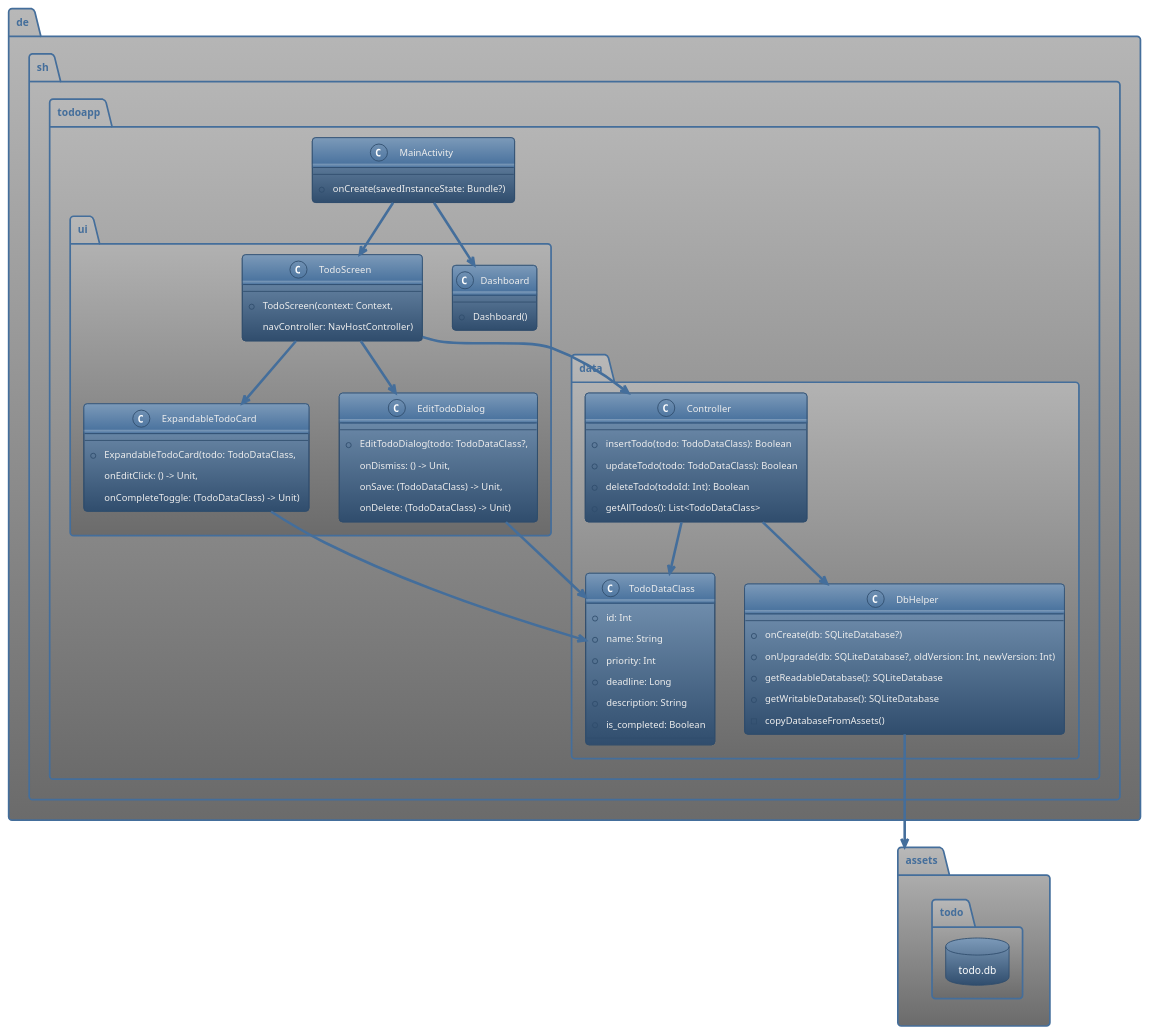
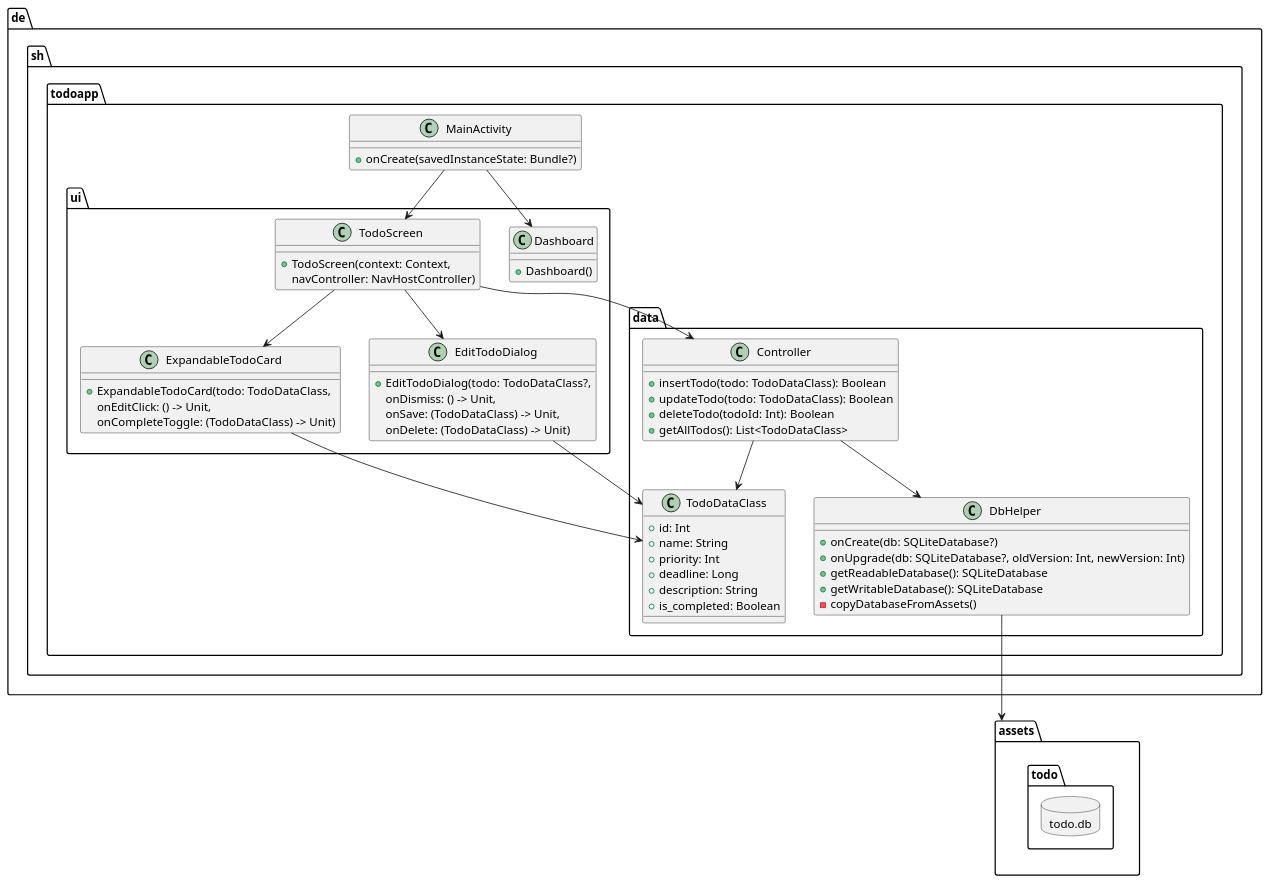
One commit to mexerx/ToDoApp2 changed the diagram in app/src/main/java/de/sh/todoapp/diagram/AppDiagram.puml. Above: the diagram before and after it, drawn with PlantUML.

```diff
--- a/app/src/main/java/de/sh/todoapp/diagram/AppDiagram.puml
+++ b/app/src/main/java/de/sh/todoapp/diagram/AppDiagram.puml
@@ -1,77 +1,76 @@
 @startuml
-!theme spacelab
 
 allowmixing
 
 package de.sh.todoapp {
     class MainActivity {
         + onCreate(savedInstanceState: Bundle?)
     }
 
     package ui {
         class Dashboard {
             + Dashboard()
         }
 
         class TodoScreen {
             + TodoScreen(context: Context,
             navController: NavHostController)
         }
 
         class ExpandableTodoCard {
             + ExpandableTodoCard(todo: TodoDataClass,
             onEditClick: () -> Unit,
             onCompleteToggle: (TodoDataClass) -> Unit)
         }
 
         class EditTodoDialog {
             + EditTodoDialog(todo: TodoDataClass?,
             onDismiss: () -> Unit,
             onSave: (TodoDataClass) -> Unit,
             onDelete: (TodoDataClass) -> Unit)
         }
     }
 
     package data {
         class TodoDataClass {
             + id: Int
             + name: String
             + priority: Int
             + deadline: Long
             + description: String
             + is_completed: Boolean
         }
 
         class DbHelper {
             + onCreate(db: SQLiteDatabase?)
             + onUpgrade(db: SQLiteDatabase?, oldVersion: Int, newVersion: Int)
             + getReadableDatabase(): SQLiteDatabase
             + getWritableDatabase(): SQLiteDatabase
             - copyDatabaseFromAssets()
         }
 
         class Controller {
             + insertTodo(todo: TodoDataClass): Boolean
             + updateTodo(todo: TodoDataClass): Boolean
             + deleteTodo(todoId: Int): Boolean
             + getAllTodos(): List<TodoDataClass>
         }
     }
 }
 
     package assets {
 
     database todo.db
     }
     MainActivity --> Dashboard
     MainActivity --> TodoScreen
     TodoScreen --> ExpandableTodoCard
     TodoScreen --> EditTodoDialog
     TodoScreen --> Controller
     ExpandableTodoCard --> TodoDataClass
     EditTodoDialog --> TodoDataClass
     Controller --> DbHelper
     Controller --> TodoDataClass
     DbHelper --> assets
 
 @enduml
```
